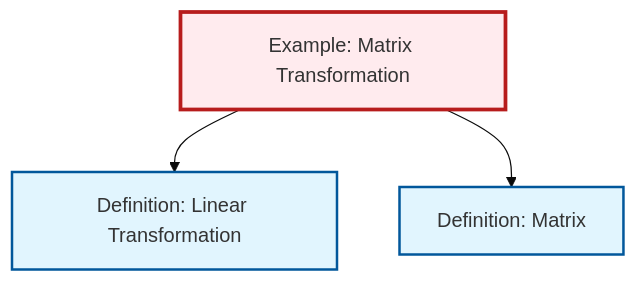
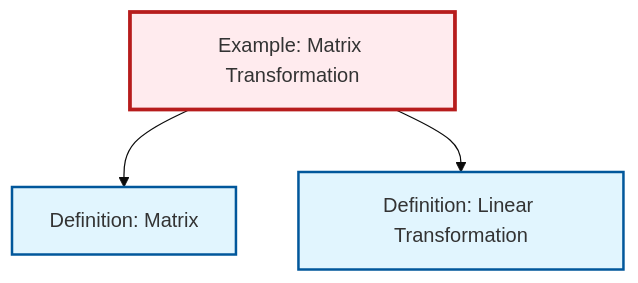
One commit to RK0429/ModernMath changed the diagram in output/mermaid/ex-matrix-transformation.mermaid. Above: the diagram before and after it, drawn with Mermaid (base theme). The commit also changed other lines of this file and 1353 other files, not shown here.

```diff
--- a/output/mermaid/ex-matrix-transformation.mermaid
+++ b/output/mermaid/ex-matrix-transformation.mermaid
@@ -1,13 +1,13 @@
 %%| fig-cap: "Local dependency graph"
 graph TD
     classDef definition fill:#e1f5fe,stroke:#01579b,stroke-width:2px
     classDef theorem fill:#f3e5f5,stroke:#4a148c,stroke-width:2px
     classDef axiom fill:#fff3e0,stroke:#e65100,stroke-width:2px
     classDef example fill:#e8f5e9,stroke:#1b5e20,stroke-width:2px
     classDef current fill:#ffebee,stroke:#b71c1c,stroke-width:3px
+    def-matrix["Definition: Matrix"]:::definition
+    ex-matrix-transformation["Example: Matrix Transformation"]:::example
     def-linear-transformation["Definition: Linear Transformation"]:::definition
-    ex-matrix-transformation["Example: Matrix Transformation"]:::example
-    def-matrix["Definition: Matrix"]:::definition
+    ex-matrix-transformation --> def-matrix
     ex-matrix-transformation --> def-linear-transformation
-    ex-matrix-transformation --> def-matrix
     class ex-matrix-transformation current
```
